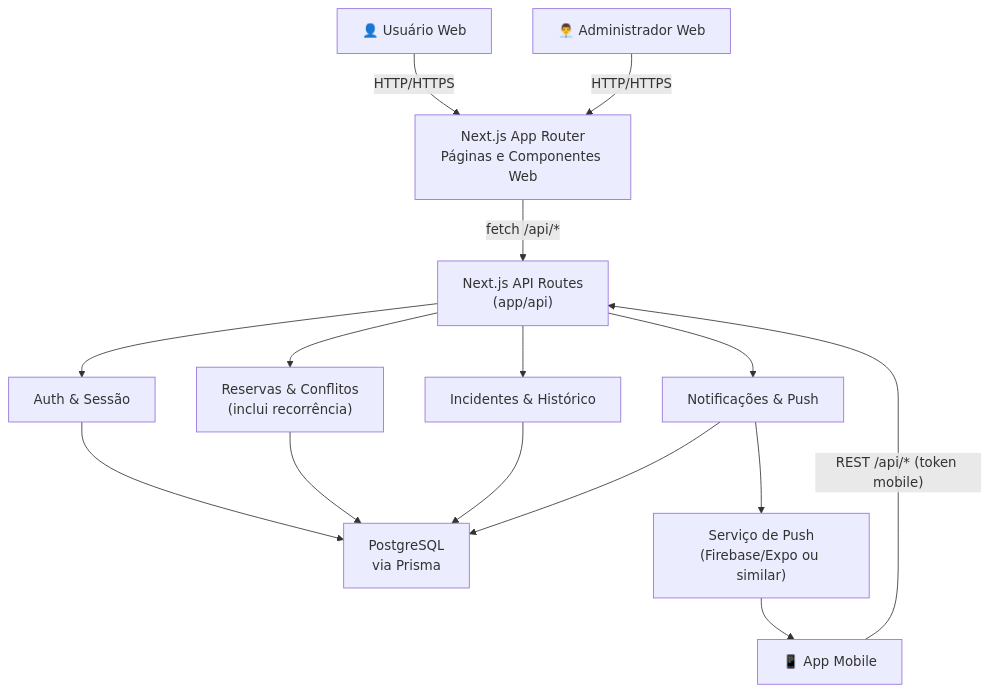
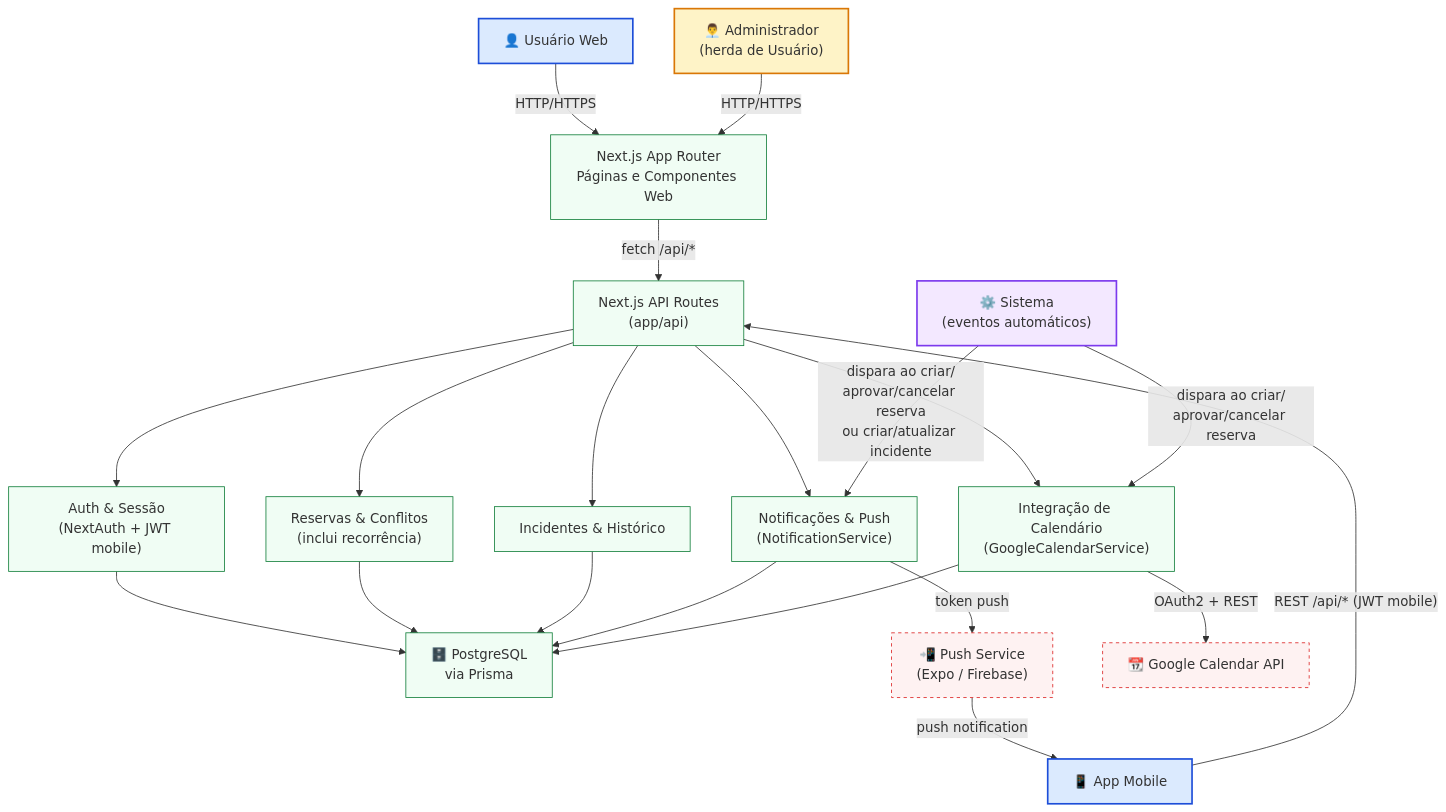
One commit to oCaioAug/SALA changed the diagram in docs/Arquitetura-Web.md. Above: the diagram before and after it, drawn with Mermaid. The commit also changed other lines of this file and 2 other files, not shown here.

Commit message:
docs: atualiza diagrama CDU e arquitetura

````diff
--- a/docs/Arquitetura-Web.md
+++ b/docs/Arquitetura-Web.md
@@ -17,43 +17,72 @@
 ```mermaid
 flowchart TD
-    %% Atores
+    %% ── Atores humanos ───────────────────────────────────────────────
     webUser["👤 Usuário Web"]
-    adminUser["👨‍💼 Administrador Web"]
+    adminUser["👨‍💼 Administrador\n(herda de Usuário)"]
     mobileApp["📱 App Mobile"]
 
-    %% Frontend
+    %% ── Ator Sistema (automático) ────────────────────────────────────
+    sistema["⚙️ Sistema\n(eventos automáticos)"]
+
+    %% ── Frontend ─────────────────────────────────────────────────────
     webApp["Next.js App Router\nPáginas e Componentes Web"]
 
-    %% Backend / API
+    %% ── Backend / API ────────────────────────────────────────────────
     apiLayer["Next.js API Routes\n(app/api)"]
 
-    %% Serviços de Domínio
-    authDomain["Auth & Sessão"]
+    %% ── Serviços de Domínio ──────────────────────────────────────────
+    authDomain["Auth & Sessão\n(NextAuth + JWT mobile)"]
     reservationDomain["Reservas & Conflitos\n(inclui recorrência)"]
     incidentDomain["Incidentes & Histórico"]
-    notificationDomain["Notificações & Push"]
+    notificationDomain["Notificações & Push\n(NotificationService)"]
+    calendarDomain["Integração de Calendário\n(GoogleCalendarService)"]
 
-    %% Infra
-    database["PostgreSQL\nvia Prisma"]
-    pushService["Serviço de Push\n(Firebase/Expo ou similar)"]
+    %% ── Infra & Serviços Externos ────────────────────────────────────
+    database["🗄️ PostgreSQL\nvia Prisma"]
+    pushService["📲 Push Service\n(Expo / Firebase)"]
+    googleCalendar["📆 Google Calendar API"]
 
-    %% Fluxos principais
-    webUser -->|HTTP/HTTPS| webApp
-    adminUser -->|HTTP/HTTPS| webApp
+    %% ── Fluxos – Atores humanos ──────────────────────────────────────
+    webUser     -->|HTTP/HTTPS| webApp
+    adminUser   -->|HTTP/HTTPS| webApp
+    mobileApp   -->|"REST /api/* (JWT mobile)"| apiLayer
 
-    webApp -->|"fetch /api/*"| apiLayer
-    mobileApp -->|"REST /api/* (token mobile)"| apiLayer
+    webApp      -->|"fetch /api/*"| apiLayer
 
+    %% ── Fluxos – API → Domínio ───────────────────────────────────────
     apiLayer --> authDomain
     apiLayer --> reservationDomain
     apiLayer --> incidentDomain
     apiLayer --> notificationDomain
+    apiLayer --> calendarDomain
 
-    authDomain --> database
-    reservationDomain --> database
-    incidentDomain --> database
+    %% ── Fluxos – Domínio → Persistência ──────────────────────────────
+    authDomain         --> database
+    reservationDomain  --> database
+    incidentDomain     --> database
     notificationDomain --> database
+    calendarDomain     --> database
 
-    notificationDomain --> pushService
-    pushService --> mobileApp
+    %% ── Fluxos – Sistema (automático) ────────────────────────────────
+    sistema -->|"dispara ao criar/\naprovar/cancelar reserva\nou criar/atualizar incidente"| notificationDomain
+    sistema -->|"dispara ao criar/\naprovar/cancelar reserva"| calendarDomain
+
+    %% ── Fluxos – Serviços externos ───────────────────────────────────
+    notificationDomain -->|"token push"| pushService
+    pushService        -->|"push notification"| mobileApp
+    calendarDomain     -->|"OAuth2 + REST"| googleCalendar
+
+    %% ── Estilos ──────────────────────────────────────────────────────
+    classDef actor     fill:#dbeafe,stroke:#1d4ed8,stroke-width:2px
+    classDef adminActor fill:#fef3c7,stroke:#d97706,stroke-width:2px
+    classDef sysActor  fill:#f3e8ff,stroke:#7c3aed,stroke-width:2px
+    classDef layer     fill:#f0fdf4,stroke:#15803d,stroke-width:1px
+    classDef external  fill:#fef2f2,stroke:#dc2626,stroke-width:1px,stroke-dasharray:4 4
+
+    class webUser actor
+    class adminUser adminActor
+    class mobileApp actor
+    class sistema sysActor
+    class webApp,apiLayer,authDomain,reservationDomain,incidentDomain,notificationDomain,calendarDomain,database layer
+    class pushService,googleCalendar external
 ```
````
